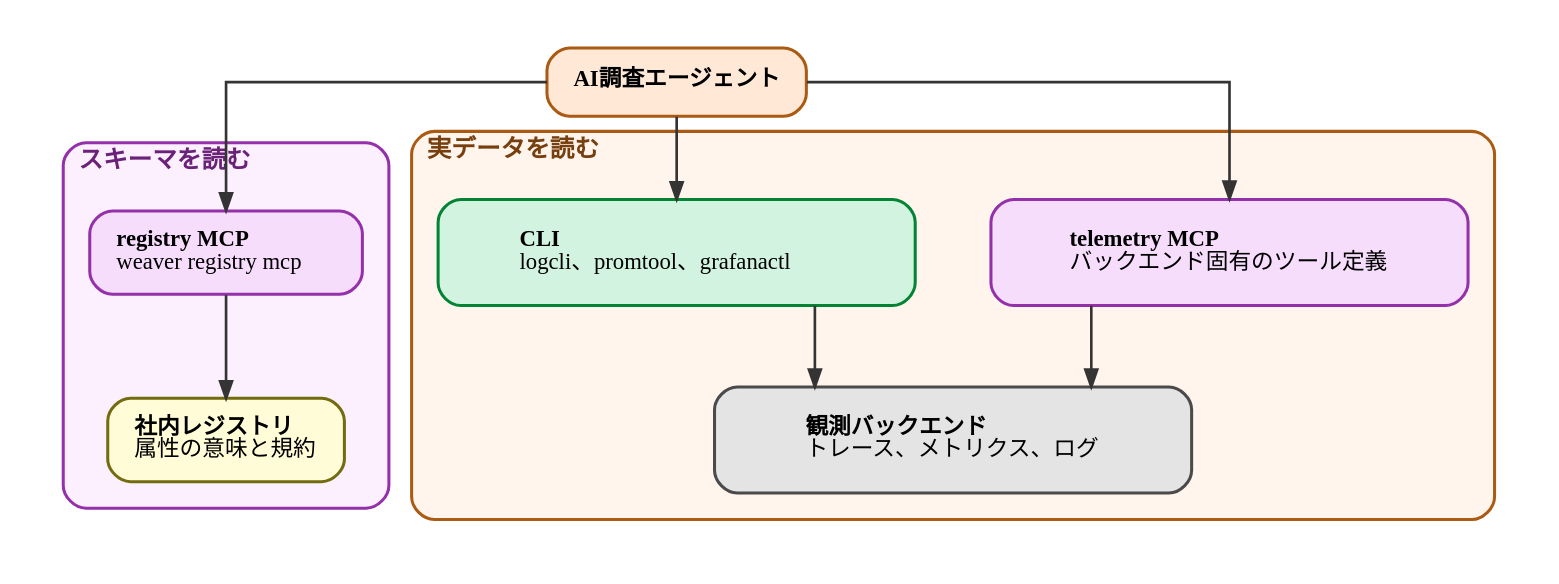
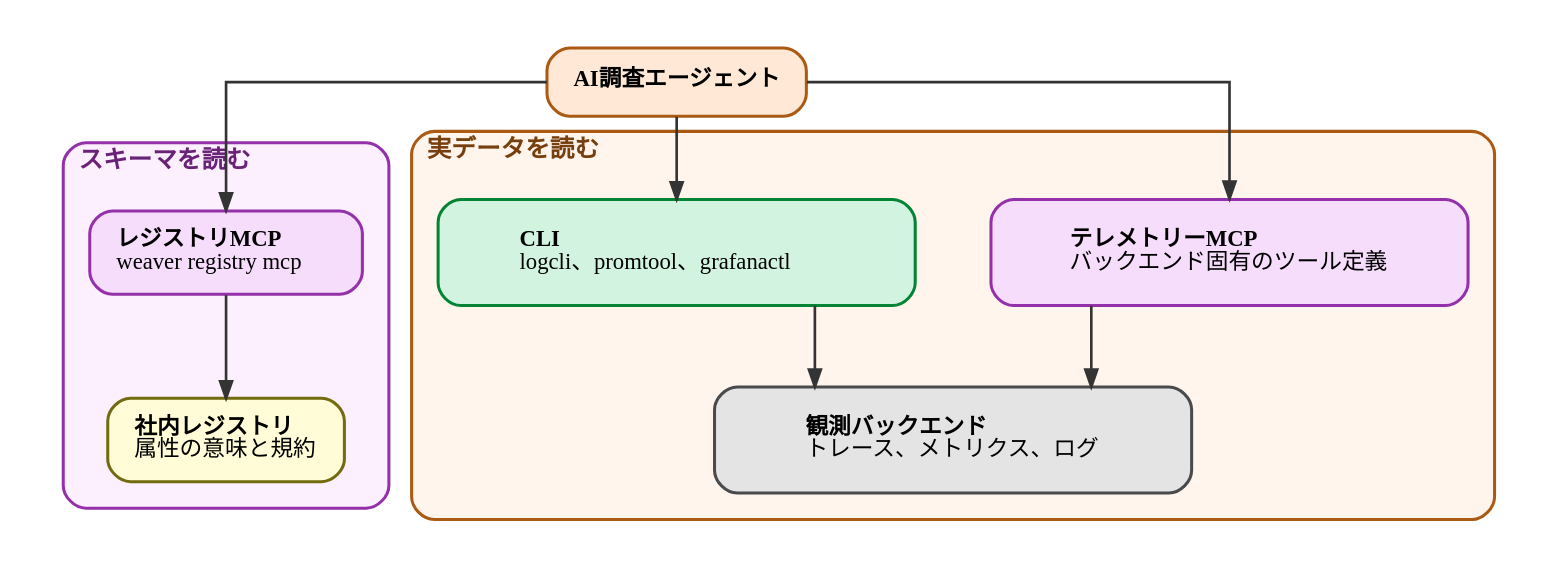
The diagram in diagrams/observability-platform-with-otel/20260926-two-mcp.dot (ymotongpoo/zenn.dev), drawn with Graphviz before and after one commit. The commit also changed 2 other files, not shown here.

```diff
--- a/diagrams/observability-platform-with-otel/20260926-two-mcp.dot
+++ b/diagrams/observability-platform-with-otel/20260926-two-mcp.dot
@@ -1,55 +1,55 @@
 // AI調査エージェントのテレメトリーアクセス経路（スキーマ / 実データ）
 digraph two_mcp {
   graph [
     fontname="IBM Plex Sans JP", fontsize=13,
     rankdir=TB, compound=true, splines=ortho,
     nodesep=0.55, ranksep=0.6, pad=0.25,
     bgcolor="white", newrank=true
   ];
   node [
     fontname="IBM Plex Sans JP", fontsize=12,
     shape=box, style="rounded,filled",
     fillcolor="#E4E4E4", color="#4A4A4A", penwidth=1.6,
     margin="0.2,0.14"
   ];
   edge [
     fontname="IBM Plex Sans JP", fontsize=11,
     color="#343434", penwidth=1.4, arrowsize=0.9,
     fontcolor="#171717"
   ];
 
   ai [label=<<b>AI調査エージェント</b>>, fillcolor="#FFE9D6", color="#AB5A13"];
 
   subgraph cluster_schema {
     // タイトルは短く保つ。長いと枠幅を超えて隣のクラスタと重なり、
     // 後ろのタイトルが前の枠の塗りで隠れて読めなくなる。
     // 読ませてよい範囲と統制の条件はキャプションで述べる。
     label=<<b>スキーマを読む</b>>;
     labeljust="l"; style="rounded"; penwidth=1.6;
     color="#9430A9"; bgcolor="#FCF0FE"; fontcolor="#6A2278"; margin=14;
-    regmcp [label=<<b>registry MCP</b><br align="left"/>weaver registry mcp<br align="left"/>>, fillcolor="#F7DDFC", color="#9430A9"];
+    regmcp [label=<<b>レジストリMCP</b><br align="left"/>weaver registry mcp<br align="left"/>>, fillcolor="#F7DDFC", color="#9430A9"];
     registry [label=<<b>社内レジストリ</b><br align="left"/>属性の意味と規約<br align="left"/>>, fillcolor="#FFFCD7", color="#736B10"];
     regmcp -> registry;
   }
 
   subgraph cluster_data {
     label=<<b>実データを読む</b>>;
     labeljust="l"; style="rounded"; penwidth=1.6;
     color="#AB5A13"; bgcolor="#FFF5ED"; fontcolor="#783F0E"; margin=14;
     // 同じカテゴリ（バックエンドへの経路）の2つは大きさを揃える。
     node [width=3.5, height=0.78];
-    telmcp [label=<<b>telemetry MCP</b><br align="left"/>バックエンド固有のツール定義<br align="left"/>>, fillcolor="#F7DDFC", color="#9430A9"];
+    telmcp [label=<<b>テレメトリーMCP</b><br align="left"/>バックエンド固有のツール定義<br align="left"/>>, fillcolor="#F7DDFC", color="#9430A9"];
     cli [label=<<b>CLI</b><br align="left"/>logcli、promtool、grafanactl<br align="left"/>>, fillcolor="#D2F3DF", color="#038435"];
     backend [label=<<b>観測バックエンド</b><br align="left"/>トレース、メトリクス、ログ<br align="left"/>>];
     telmcp -> backend;
     cli -> backend;
     { rank=same; telmcp; cli; }
   }
 
   // ラベルは置かない。2本ともクラスタの角と縦線に挟まれた狭い場所へ
   // 配置され、枠線か線に必ず触れる（ELK はラベル位置を自分で決めるので
   // 空白での押し出しも効かない）。読む対象の違いはキャプションが述べる。
   ai -> regmcp;
   ai -> telmcp;
   ai -> cli;
 }
```
